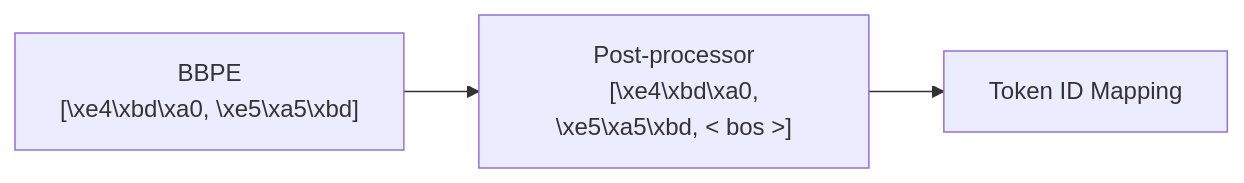
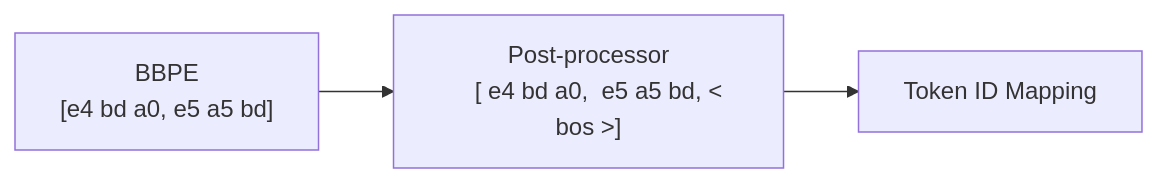
Before and after one commit to ChrisZhu2050/chriszhu2050.github.io: the seventh of 10 diagrams in index.md, drawn with Mermaid.

````diff
--- a/index.md
+++ b/index.md
@@ -224,7 +224,7 @@
         ```mermaid
           graph LR
               A["`BBPE
-              [\xe4\xbd\xa0, \xe5\xa5\xbd]`"] --> B["Post-processor
-              [\xe4\xbd\xa0, \xe5\xa5\xbd, < bos >]
+              [e4 bd a0,  e5 a5 bd]`"] --> B["Post-processor
+              [ e4 bd a0,  e5 a5 bd, < bos >]
               "] --> C["`Token ID Mapping`"] 
         ```
````
